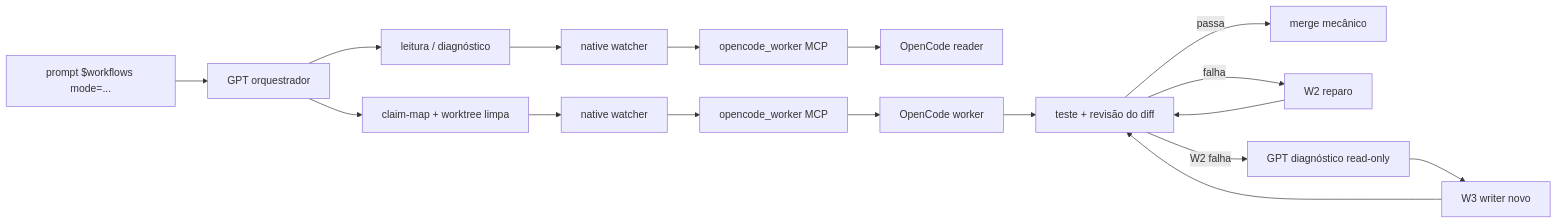
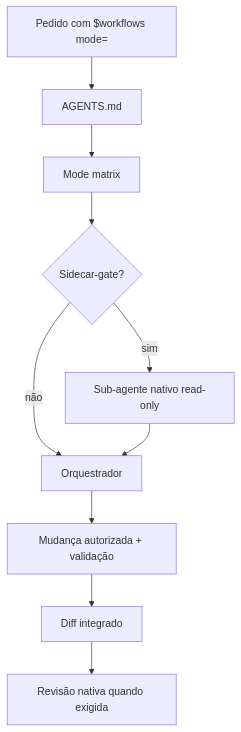
The diagram in docs/architecture.md (CheekyCodexConjurer/codex-workflows-kit), drawn with Mermaid before and after one commit. The commit also changed other lines of this file and 38 other files, not shown here.

First line of the commit message:
refactor(workflows): make native read-only routing canonical

````diff
--- a/docs/architecture.md
+++ b/docs/architecture.md
@@ -24,19 +18,12 @@
-```mermaid
-flowchart LR
-    USER["prompt $workflows mode=..."] --> GPT["GPT orquestrador"]
-    GPT --> READ["leitura / diagnóstico"]
-    READ --> WATCH["native watcher"]
-    WATCH --> MCP["opencode_worker MCP"]
-    MCP --> READER["OpenCode reader"]
-    GPT --> PREFLIGHT["claim-map + worktree limpa"]
-    PREFLIGHT --> WATCH2["native watcher"]
-    WATCH2 --> MCPW["opencode_worker MCP"]
-    MCPW --> WRITER["OpenCode worker"]
-    WRITER --> VERIFY["teste + revisão do diff"]
-    VERIFY -->|passa| MERGE["merge mecânico"]
-    VERIFY -->|falha| REPAIR["W2 reparo"]
-    REPAIR --> VERIFY
-    VERIFY -->|W2 falha| DIAG["GPT diagnóstico read-only"]
-    DIAG --> W3["W3 writer novo"]
-    W3 --> VERIFY
-```
+~~~mermaid
+flowchart TD
+    USER["Pedido com $workflows mode=<MODE>"] --> AGENTS["AGENTS.md"]
+    AGENTS --> MATRIX["Mode matrix"]
+    MATRIX --> DECIDE{"Sidecar-gate?"}
+    DECIDE -->|"não"| PARENT["Orquestrador"]
+    DECIDE -->|"sim"| NATIVE["Sub-agente nativo read-only"]
+    NATIVE --> PARENT
+    PARENT --> VERIFY["Mudança autorizada + validação"]
+    VERIFY --> FREEZE["Diff integrado"]
+    FREEZE --> REVIEW["Revisão nativa quando exigida"]
+~~~
````
